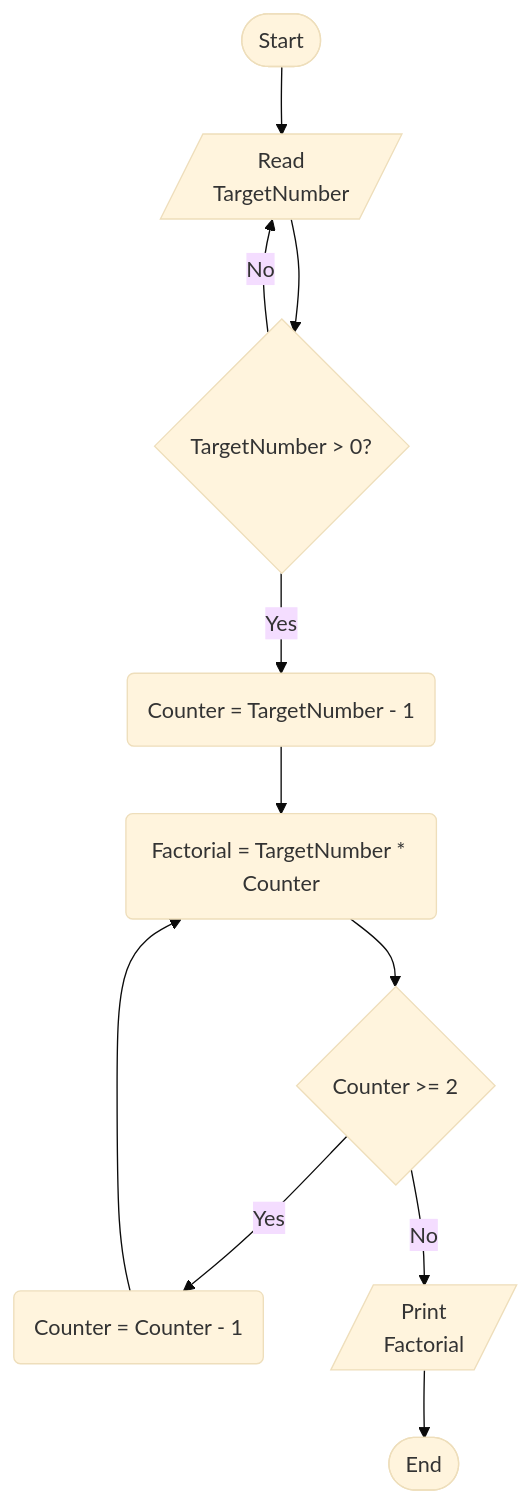
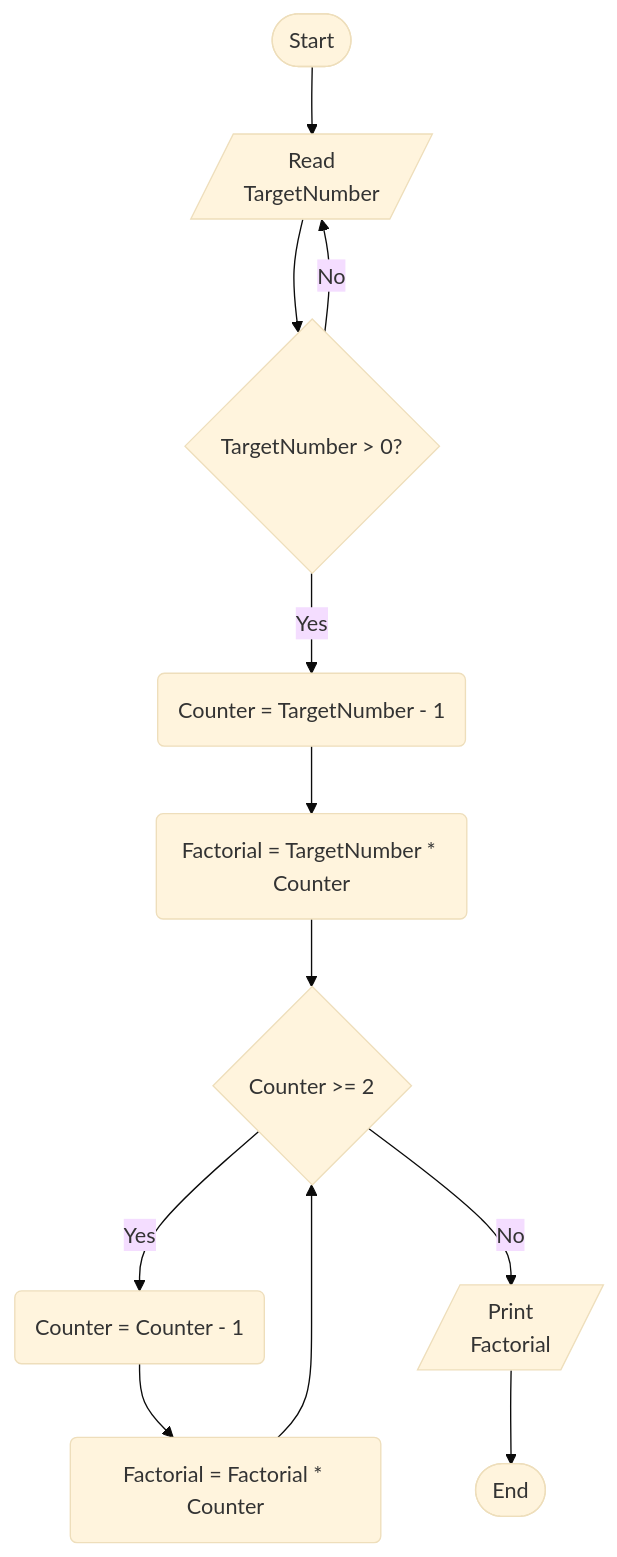
Before and after one commit to M4MD24/Algorithms-and-Problem-Solving-Level-1-by-Programming-Advices: the diagram in src/_28_problem_30/Problem30.mmd, drawn with Mermaid (base theme).

Commit message:
# Edit Solved Problem 30

```diff
--- a/src/_28_problem_30/Problem30.mmd
+++ b/src/_28_problem_30/Problem30.mmd
@@ -1,23 +1,24 @@
 %% Write a program to calculate factorial of TargetNumber
 %% Note: User should only enter positive number, other wise reject it and ask to enter again
 %% Steps
 %% Step 1: Ask the user to enter TargetNumber
 %% Step 2: If not(TargetNumber > 0) then go to Step1
 %% Step 3: Counter = TargetNumber - 1
 %% Step 4: Factorial = TargetNumber * Counter
 %% Step 5: Recursion (Factorial = TargetNumber * Counter) if Counter bigger than and equal 2, from TargetNumber to 2
 %% Step 6: Print Factorial
 
 flowchart TD
     Start([Start])
     ReadTargetNumber[/Read\nTargetNumber/]
     IsPositive{TargetNumber > 0?}
     Counter(Counter = TargetNumber - 1)
     Factorial(Factorial = TargetNumber * Counter)
     IsCounterBiggerThan2{Counter >= 2}
     DecreaseCounter(Counter = Counter - 1)
+    IncreaseFactorial(Factorial = Factorial * Counter)
     PrintFactorial[/Print\nFactorial/]
     End([End])
-    Start --> ReadTargetNumber --> IsPositive -- Yes --> Counter --> Factorial --> IsCounterBiggerThan2 -- Yes --> DecreaseCounter --> Factorial
+    Start --> ReadTargetNumber --> IsPositive -- Yes --> Counter --> Factorial --> IsCounterBiggerThan2 -- Yes --> DecreaseCounter --> IncreaseFactorial --> IsCounterBiggerThan2
     IsPositive -- No --> ReadTargetNumber
     IsCounterBiggerThan2 -- No --> PrintFactorial --> End
```
